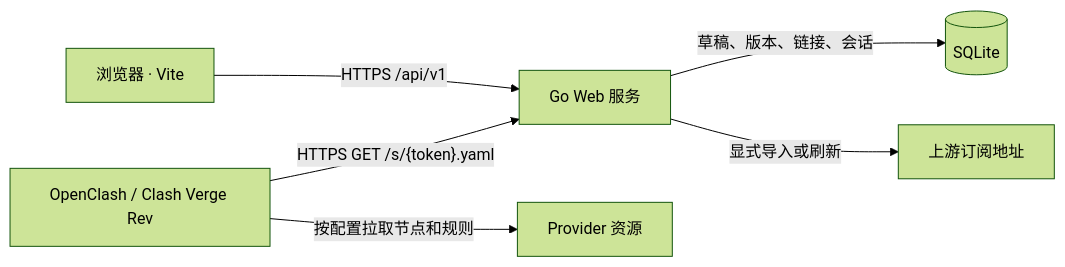
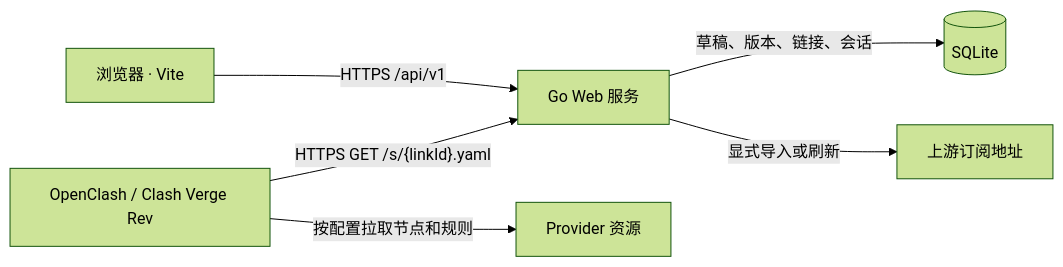
Before and after one commit to smallThank/clash-studio: the diagram in docs/technical-design.md, drawn with Mermaid (forest theme). The commit also changed other lines of this file and 17 other files, not shown here.

````diff
--- a/docs/technical-design.md
+++ b/docs/technical-design.md
@@ -9,8 +9,8 @@
 ```mermaid
 flowchart LR
     U["浏览器 · Vite"] -->|"HTTPS /api/v1"| G["Go Web 服务"]
     G -->|"草稿、版本、链接、会话"| S[("SQLite")]
     G -->|"显式导入或刷新"| P["上游订阅地址"]
-    C["OpenClash / Clash Verge Rev"] -->|"HTTPS GET /s/{token}.yaml"| G
+    C["OpenClash / Clash Verge Rev"] -->|"HTTPS GET /s/{linkId}.yaml"| G
     C -->|"按配置拉取节点和规则"| R["Provider 资源"]
 ```
````
